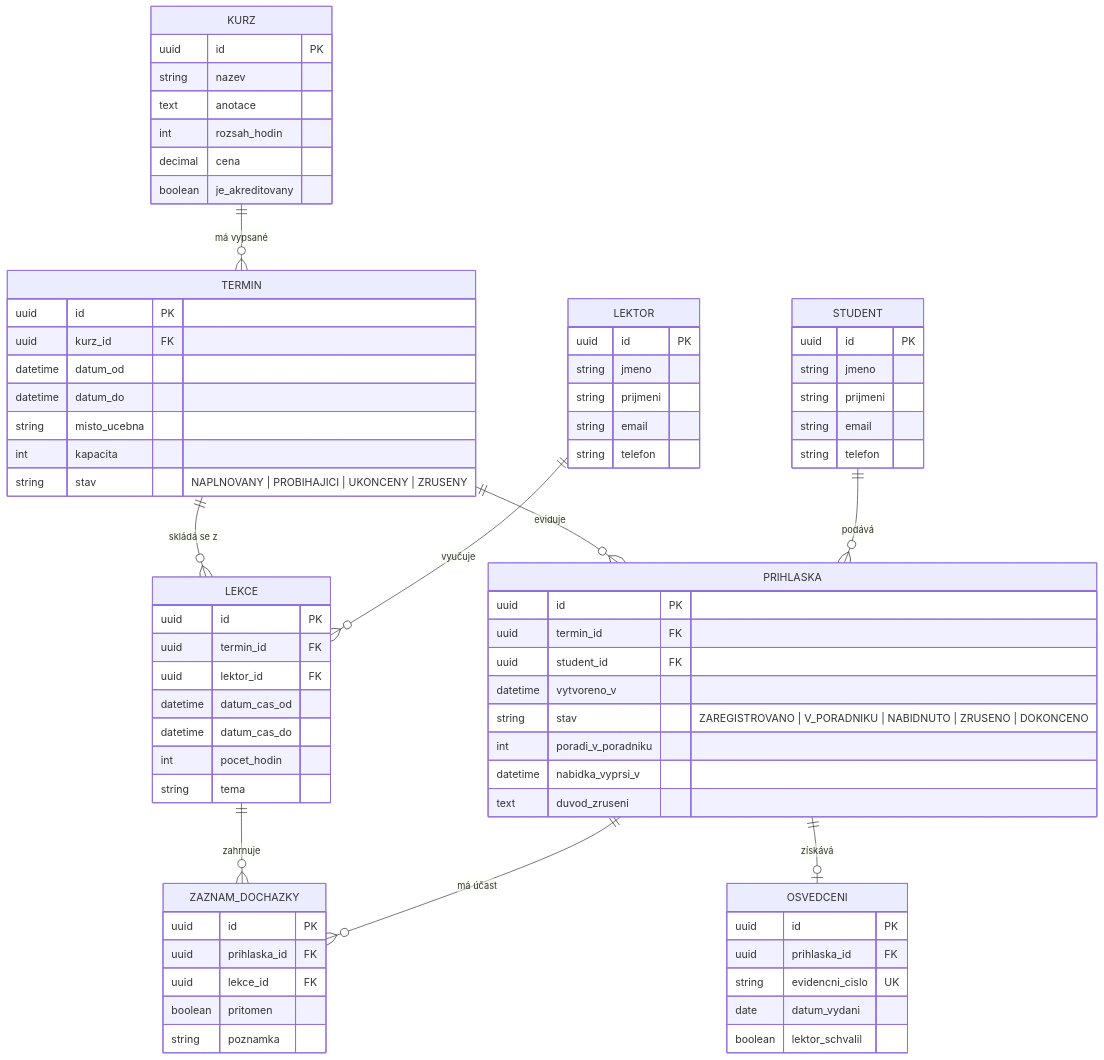
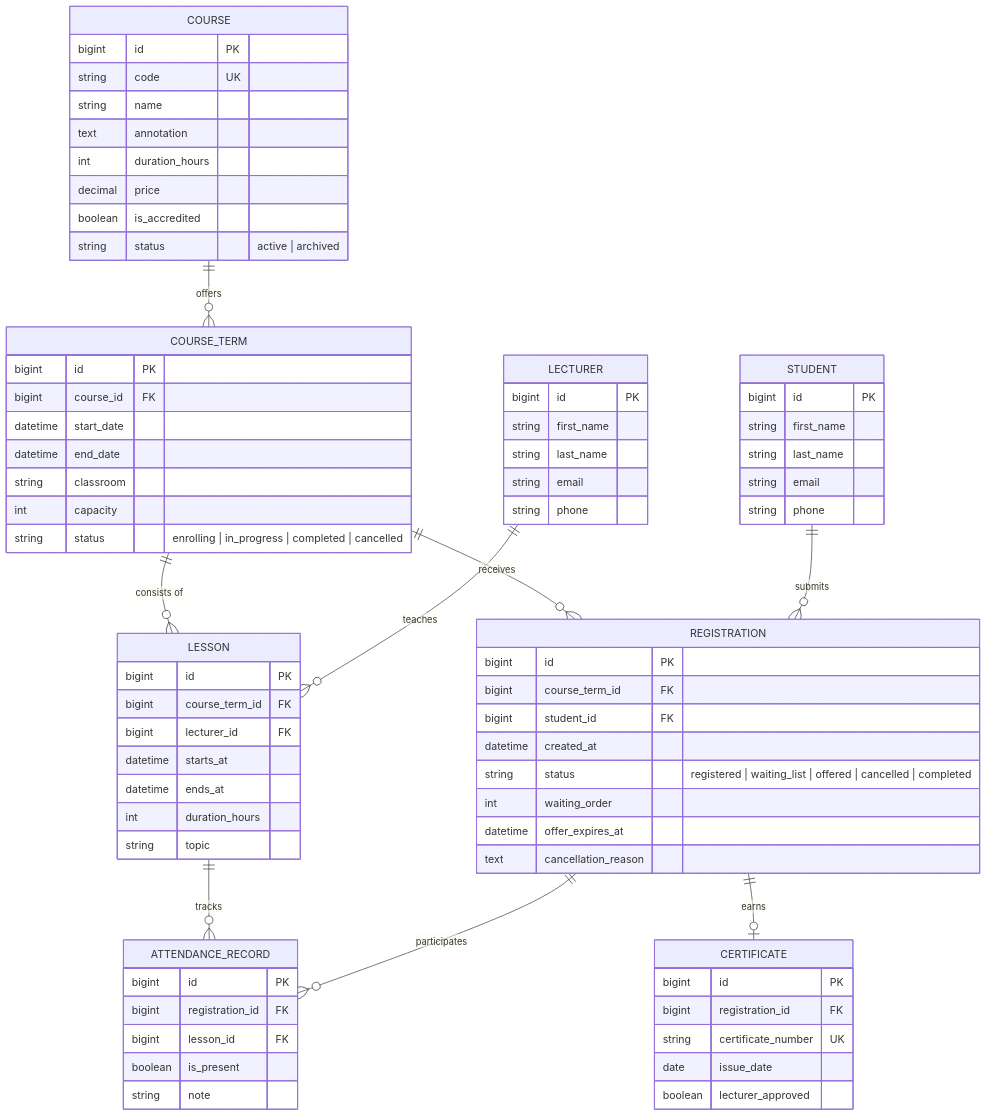
The diagram in README.md (navratiljiri/PPRO), drawn with Mermaid before and after one commit. The commit also changed other lines of this file and 73 other files, not shown here.

````diff
--- a/README.md
+++ b/README.md
@@ -153,83 +152,85 @@
 ```mermaid
 erDiagram
-    KURZ ||--o{ TERMIN : "má vypsané"
-    TERMIN ||--o{ LEKCE : "skládá se z"
-    LEKTOR ||--o{ LEKCE : "vyučuje"
-    TERMIN ||--o{ PRIHLASKA : "eviduje"
-    STUDENT ||--o{ PRIHLASKA : "podává"
-    PRIHLASKA ||--o| OSVEDCENI : "získává"
-    LEKCE ||--o{ ZAZNAM_DOCHAZKY : "zahrnuje"
-    PRIHLASKA ||--o{ ZAZNAM_DOCHAZKY : "má účast"
+    COURSE ||--o{ COURSE_TERM : "offers"
+    COURSE_TERM ||--o{ LESSON : "consists of"
+    LECTURER ||--o{ LESSON : "teaches"
+    COURSE_TERM ||--o{ REGISTRATION : "receives"
+    STUDENT ||--o{ REGISTRATION : "submits"
+    REGISTRATION ||--o| CERTIFICATE : "earns"
+    LESSON ||--o{ ATTENDANCE_RECORD : "tracks"
+    REGISTRATION ||--o{ ATTENDANCE_RECORD : "participates"
 
-    KURZ {
-        uuid id PK
-        string nazev
-        text anotace
-        int rozsah_hodin
-        decimal cena
-        boolean je_akreditovany
+    COURSE {
+        bigint id PK
+        string code UK
+        string name
+        text annotation
+        int duration_hours
+        decimal price
+        boolean is_accredited
+        string status "active | archived"
     }
 
-    TERMIN {
-        uuid id PK
-        uuid kurz_id FK
-        datetime datum_od
-        datetime datum_do
-        string misto_ucebna
-        int kapacita
-        string stav "NAPLNOVANY | PROBIHAJICI | UKONCENY | ZRUSENY"
+    COURSE_TERM {
+        bigint id PK
+        bigint course_id FK
+        datetime start_date
+        datetime end_date
+        string classroom
+        int capacity
+        string status "enrolling | in_progress | completed | cancelled"
     }
 
-    LEKTOR {
-        uuid id PK
-        string jmeno
-        string prijmeni
+    LECTURER {
+        bigint id PK
+        string first_name
+        string last_name
         string email
-        string telefon
+        string phone
     }
 
-    LEKCE {
-        uuid id PK
-        uuid termin_id FK
-        uuid lektor_id FK
-        datetime datum_cas_od
-        datetime datum_cas_do
-        int pocet_hodin
-        string tema
+    LESSON {
+        bigint id PK
+        bigint course_term_id FK
+        bigint lecturer_id FK
+        datetime starts_at
+        datetime ends_at
+        int duration_hours
+        string topic
     }
 
     STUDENT {
-        uuid id PK
-        string jmeno
-        string prijmeni
+        bigint id PK
+        string first_name
+        string last_name
         string email
-        string telefon
+        string phone
     }
 
-    PRIHLASKA {
-        uuid id PK
-        uuid termin_id FK
-        uuid student_id FK
-        datetime vytvoreno_v
-        string stav "ZAREGISTROVANO | V_PORADNIKU | NABIDNUTO | ZRUSENO | DOKONCENO"
-        int poradi_v_poradniku
-        datetime nabidka_vyprsi_v
-        text duvod_zruseni
+    REGISTRATION {
+        bigint id PK
+        bigint course_term_id FK
+        bigint student_id FK
+        datetime created_at
+        string status "registered | waiting_list | offered | cancelled | completed"
+        int waiting_order
+        datetime offer_expires_at
+        text cancellation_reason
     }
 
-    ZAZNAM_DOCHAZKY {
-        uuid id PK
-        uuid prihlaska_id FK
-        uuid lekce_id FK
-        boolean pritomen
-        string poznamka
+    ATTENDANCE_RECORD {
+        bigint id PK
+        bigint registration_id FK
+        bigint lesson_id FK
+        boolean is_present
+        string note
     }
 
-    OSVEDCENI {
-        uuid id PK
-        uuid prihlaska_id FK
-        string evidencni_cislo UK
-        date datum_vydani
-        boolean lektor_schvalil
+    CERTIFICATE {
+        bigint id PK
+        bigint registration_id FK
+        string certificate_number UK
+        date issue_date
+        boolean lecturer_approved
     }
 ```
````
